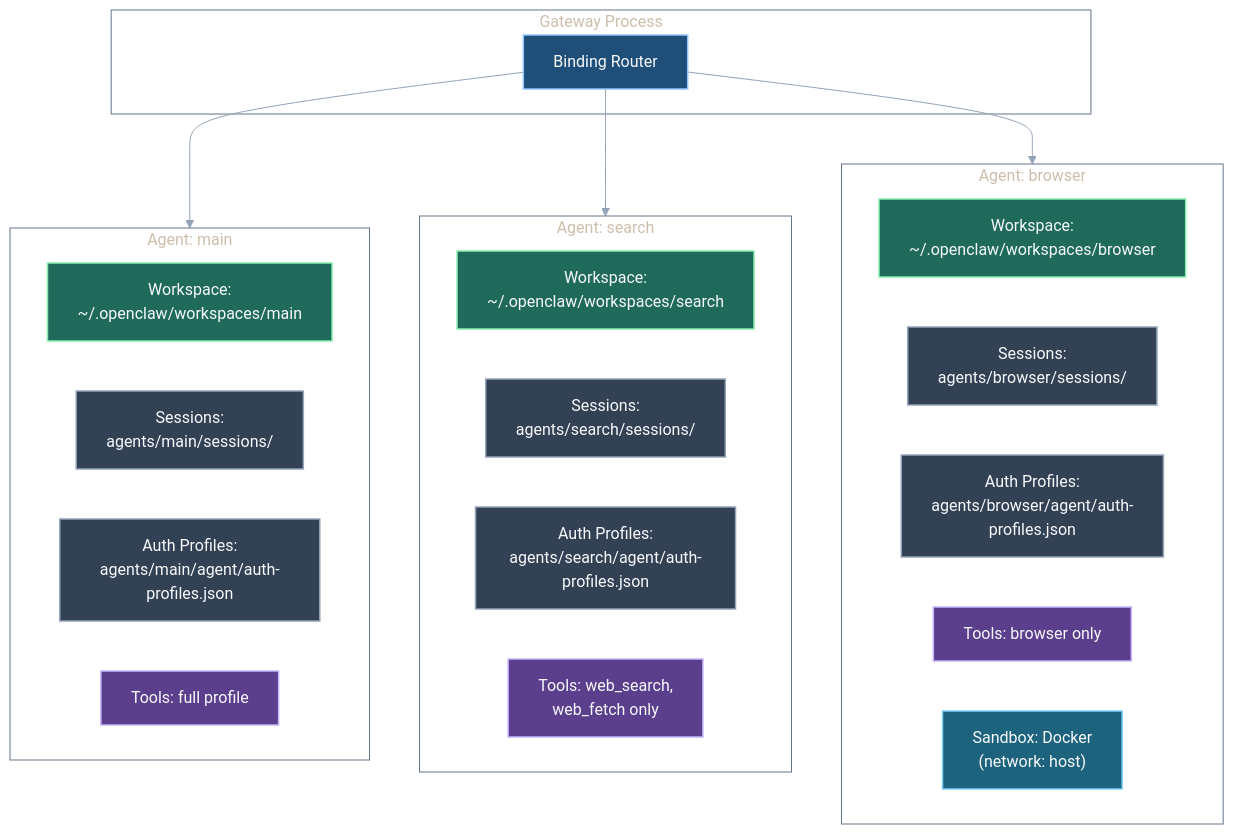
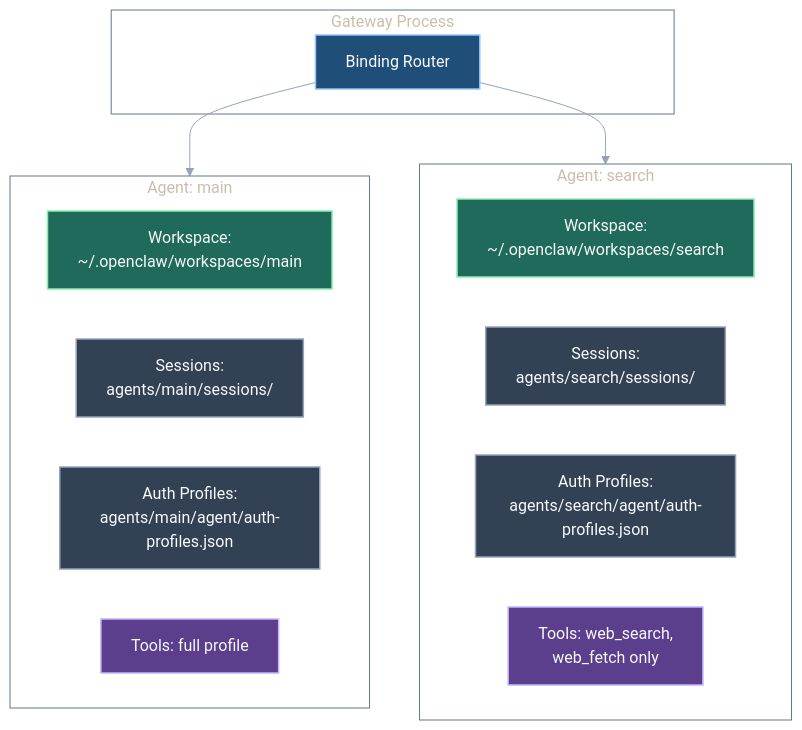
One commit to IT-HUSET/openclaw-guide changed diagram 11 of 17 in content/docs/architecture.md. Above: the diagram before and after it, drawn with Mermaid. The commit also changed other lines of this file and 18 other files, not shown here.

````diff
--- a/content/docs/architecture.md
+++ b/content/docs/architecture.md
@@ -571,45 +571,34 @@
 ```mermaid
 %%{init: { "theme": "base", "themeVariables": { "fontFamily": "ui-sans-serif, -apple-system, BlinkMacSystemFont, Segoe UI, Helvetica, Arial", "primaryColor": "#1F4E79", "primaryBorderColor": "#93C5FD", "primaryTextColor": "#F8FAFC", "lineColor": "#94A3B8", "secondaryColor": "#334155", "tertiaryColor": "#334155", "clusterBkg": "transparent", "clusterBorder": "#64748B", "background": "transparent" } }}%%
 graph TB
     subgraph GW["Gateway Process"]
         ROUTER["Binding Router"]
     end
 
     subgraph A1["Agent: main"]
         WSP1["Workspace:<br/>~/.openclaw/workspaces/main"]
         SESS1["Sessions:<br/>agents/main/sessions/"]
         AUTH1["Auth Profiles:<br/>agents/main/agent/auth-profiles.json"]
         TOOLS1["Tools: full profile"]
     end
 
     subgraph A2["Agent: search"]
         WSP2["Workspace:<br/>~/.openclaw/workspaces/search"]
         SESS2["Sessions:<br/>agents/search/sessions/"]
         AUTH2["Auth Profiles:<br/>agents/search/agent/auth-profiles.json"]
         TOOLS2["Tools: web_search,<br/>web_fetch only"]
     end
 
-    subgraph A3["Agent: browser"]
-        WSP3["Workspace:<br/>~/.openclaw/workspaces/browser"]
-        SESS3["Sessions:<br/>agents/browser/sessions/"]
-        AUTH3["Auth Profiles:<br/>agents/browser/agent/auth-profiles.json"]
-        TOOLS3["Tools: browser only"]
-        SBX3["Sandbox: Docker<br/>(network: host)"]
-    end
-
     ROUTER --> A1
     ROUTER --> A2
-    ROUTER --> A3
 
     classDef router fill:#1F4E79,stroke:#93C5FD,color:#F8FAFC,stroke-width:1.5px
     classDef workspace fill:#1F6A5A,stroke:#86EFAC,color:#F8FAFC,stroke-width:1.5px
     classDef state fill:#334155,stroke:#94A3B8,color:#F8FAFC,stroke-width:1.5px
     classDef policy fill:#5B3E8C,stroke:#C4B5FD,color:#F8FAFC,stroke-width:1.5px
-    classDef sandbox fill:#1E637D,stroke:#7DD3FC,color:#F8FAFC,stroke-width:1.5px
 
     class ROUTER router
-    class WSP1,WSP2,WSP3 workspace
-    class SESS1,SESS2,SESS3,AUTH1,AUTH2,AUTH3 state
-    class TOOLS1,TOOLS2,TOOLS3 policy
-    class SBX3 sandbox
+    class WSP1,WSP2 workspace
+    class SESS1,SESS2,AUTH1,AUTH2 state
+    class TOOLS1,TOOLS2 policy
 ```
````
